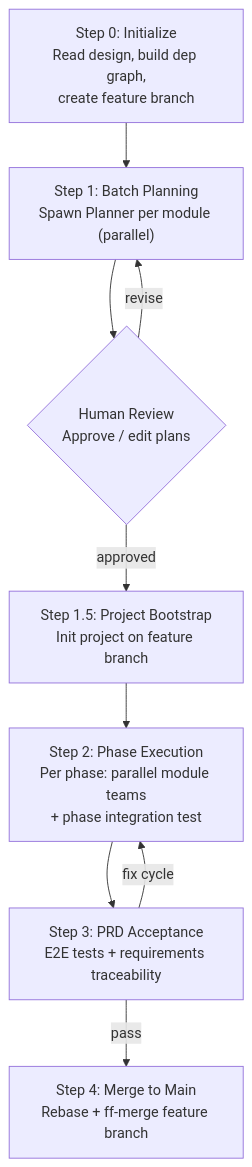
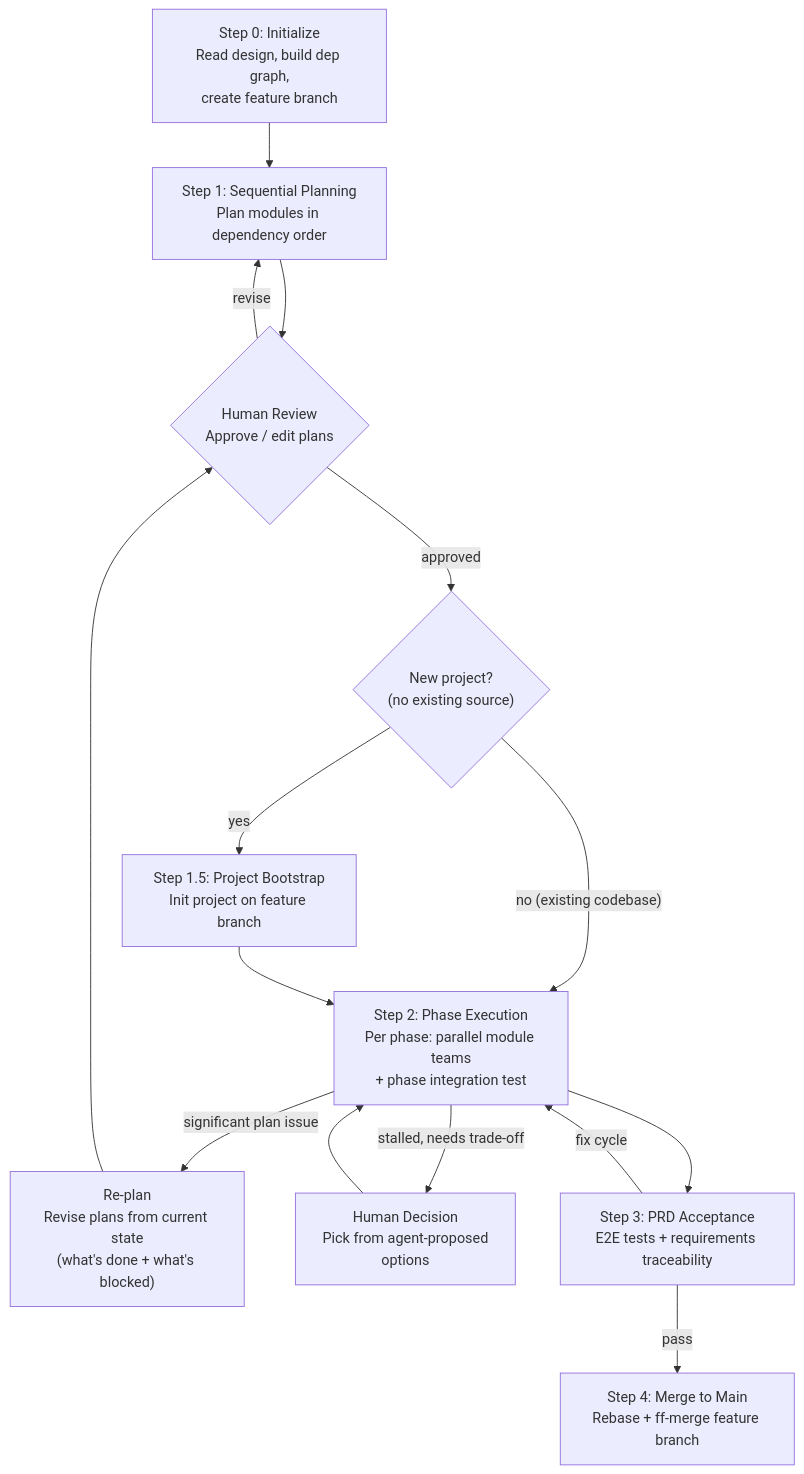
One commit to wangzw/cofounder changed the first of 2 diagrams in .claude/skills/autoforge/SKILL.md. Above: the diagram before and after it, drawn with Mermaid. The commit also changed other lines of this file and 15 other files, not shown here.

````diff
--- a/.claude/skills/autoforge/SKILL.md
+++ b/.claude/skills/autoforge/SKILL.md
@@ -21,19 +22,28 @@
 ```mermaid
 flowchart TD
   init["Step 0: Initialize\nRead design, build dep graph,\ncreate feature branch"]
-  plan["Step 1: Batch Planning\nSpawn Planner per module (parallel)"]
+  plan["Step 1: Sequential Planning\nPlan modules in dependency order"]
   human{"Human Review\nApprove / edit plans"}
+  needsBootstrap{"New project?\n(no existing source)"}
   bootstrap["Step 1.5: Project Bootstrap\nInit project on feature branch"]
   execute["Step 2: Phase Execution\nPer phase: parallel module teams\n+ phase integration test"]
+  planrev["Re-plan\nRevise plans from current state\n(what's done + what's blocked)"]
+  decision["Human Decision\nPick from agent-proposed\noptions"]
   accept["Step 3: PRD Acceptance\nE2E tests + requirements traceability"]
   merge["Step 4: Merge to Main\nRebase + ff-merge feature branch"]
 
   init --> plan
   plan --> human
-  human -- approved --> bootstrap
+  human -- approved --> needsBootstrap
   human -- revise --> plan
+  needsBootstrap -- yes --> bootstrap
+  needsBootstrap -- "no (existing codebase)" --> execute
   bootstrap --> execute
+  execute -- "significant plan issue" --> planrev
+  planrev --> human
+  execute -- "stalled, needs trade-off" --> decision
+  decision --> execute
   execute --> accept
   accept -- pass --> merge
   accept -- fix cycle --> execute
 ```
````
